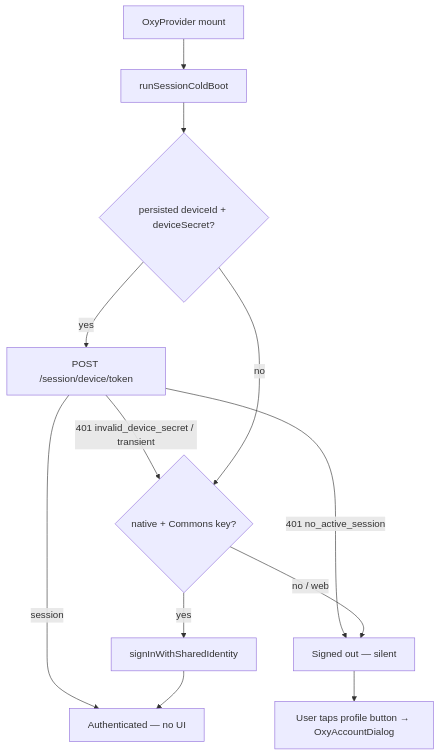
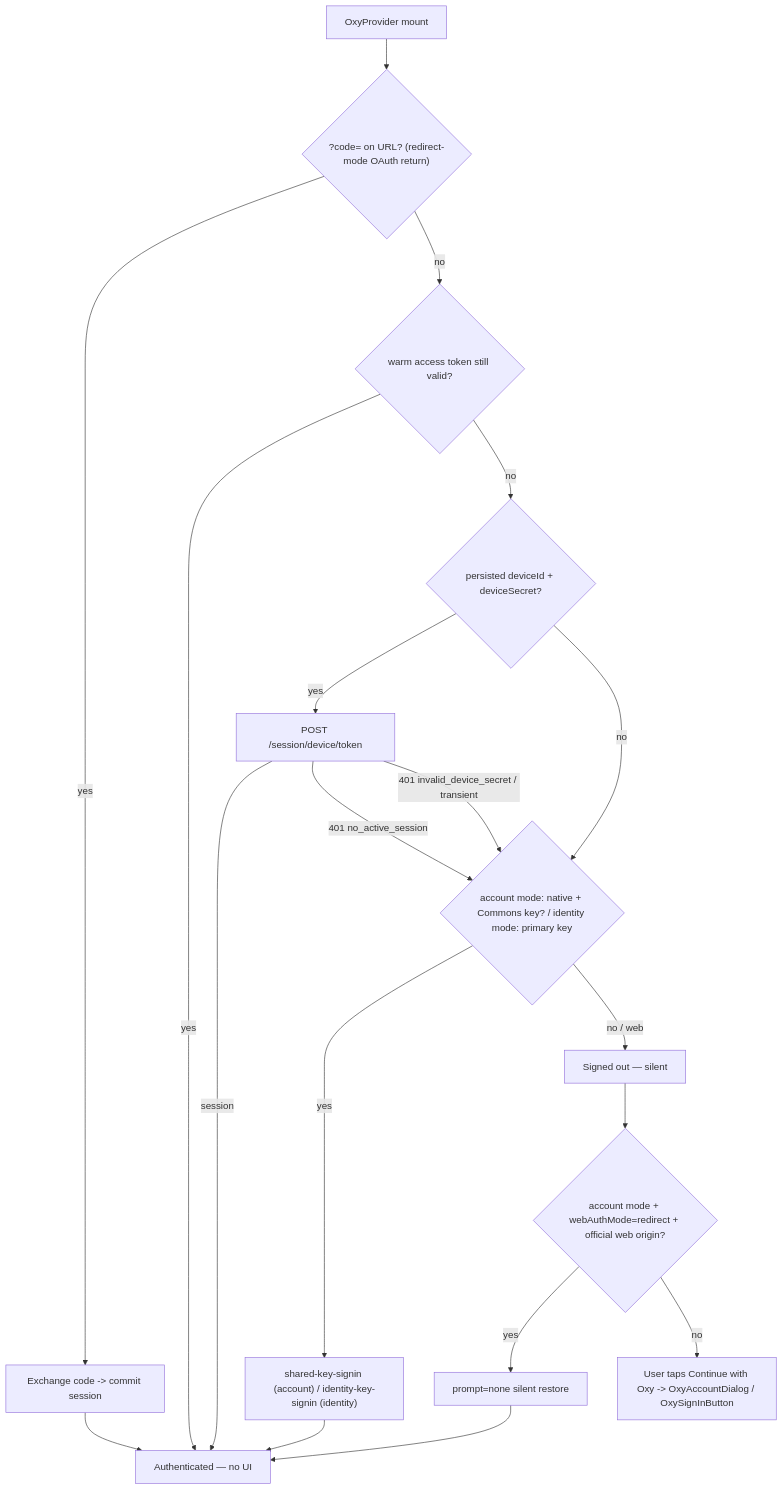
The first of 2 diagrams in docs/SESSION-ARCHITECTURE.md (OxyHQ/OxyHQServices), drawn with Mermaid before and after one commit. The commit also changed other lines of this file and 22 other files, not shown here.

````diff
--- a/docs/SESSION-ARCHITECTURE.md
+++ b/docs/SESSION-ARCHITECTURE.md
@@ -128,14 +172,19 @@
 ```mermaid
 flowchart TD
-  Mount["OxyProvider mount"] --> CB["runSessionColdBoot"]
-  CB --> Secret{"persisted deviceId + deviceSecret?"}
+  Mount["OxyProvider mount"] --> Return{"?code= on URL? (redirect-mode OAuth return)"}
+  Return -->|yes| Exchange["Exchange code -> commit session"] --> In["Authenticated — no UI"]
+  Return -->|no| Warm{"warm access token still valid?"}
+  Warm -->|yes| In
+  Warm -->|no| Secret{"persisted deviceId + deviceSecret?"}
   Secret -->|yes| Mint["POST /session/device/token"]
-  Mint -->|session| In["Authenticated — no UI"]
-  Mint -->|"401 no_active_session"| Out["Signed out — silent"]
+  Mint -->|session| In
+  Mint -->|"401 no_active_session"| Native
   Mint -->|"401 invalid_device_secret / transient"| Native
-  Secret -->|no| Native{"native + Commons key?"}
-  Native -->|yes| Shared["signInWithSharedIdentity"]
+  Secret -->|no| Native{"account mode: native + Commons key? / identity mode: primary key"}
+  Native -->|yes| Shared["shared-key-signin (account) / identity-key-signin (identity)"]
   Shared --> In
-  Native -->|"no / web"| Out
-  Out --> Btn["User taps profile button → OxyAccountDialog"]
+  Native -->|"no / web"| Out["Signed out — silent"]
+  Out --> Popup{"account mode + webAuthMode=redirect + official web origin?"}
+  Popup -->|yes| Silent["prompt=none silent restore"] --> In
+  Popup -->|no| Btn["User taps Continue with Oxy -> OxyAccountDialog / OxySignInButton"]
 ```
````
